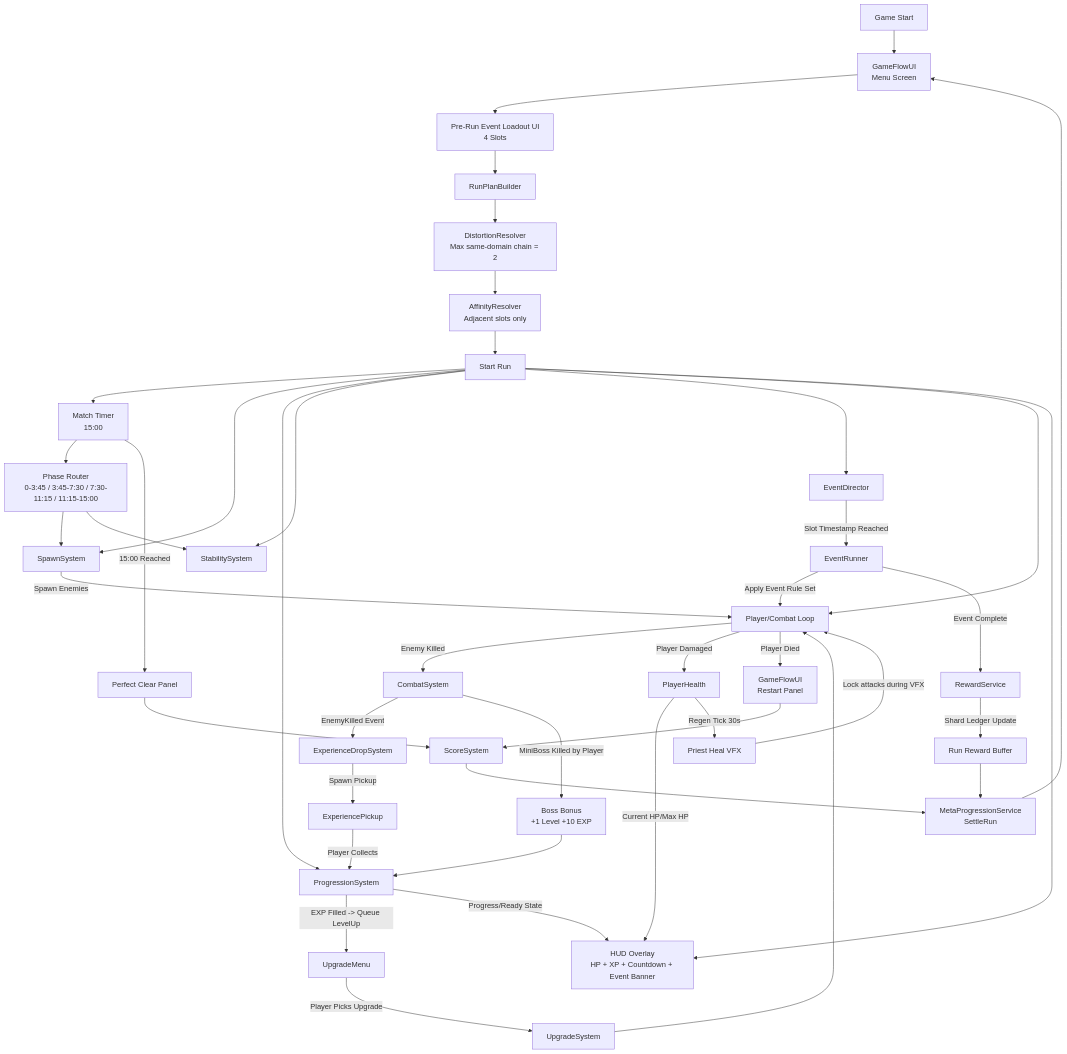
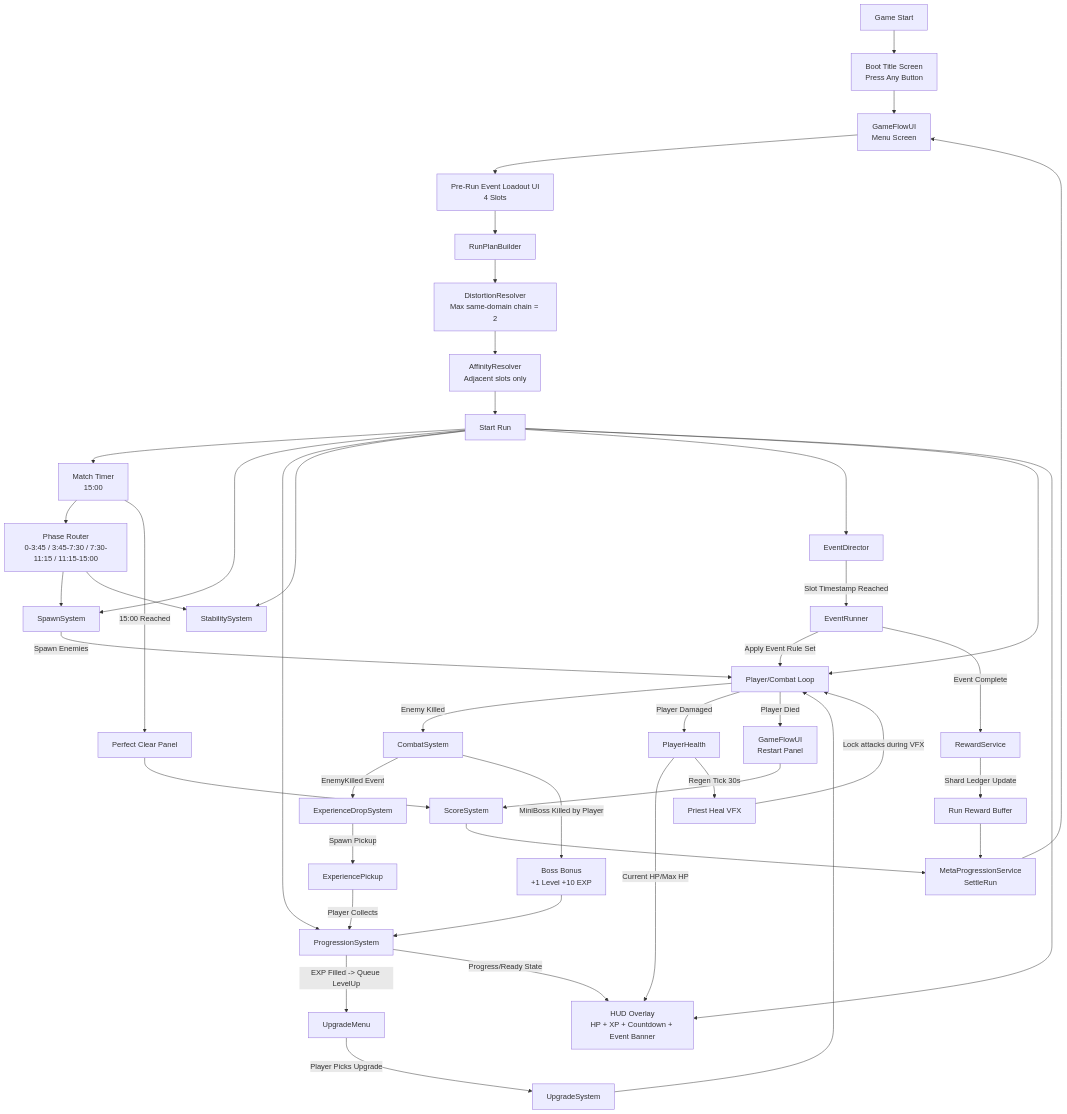
The diagram in docs/SYSTEM_FLOW.md (TANANIS/Balls), drawn with Mermaid before and after one commit. The commit also changed other lines of this file and 18 other files, not shown here.

Commit message:
feat(ui): add boot title screen and inspector-driven ui paths

````diff
--- a/docs/SYSTEM_FLOW.md
+++ b/docs/SYSTEM_FLOW.md
@@ -5,52 +5,53 @@
 ```mermaid
 flowchart TD
-    A[Game Start] --> B[GameFlowUI\nMenu Screen]
+    A[Game Start] --> AT[Boot Title Screen\nPress Any Button]
+    AT --> B[GameFlowUI\nMenu Screen]
     B --> P[Pre-Run Event Loadout UI\n4 Slots]
     P --> P1[RunPlanBuilder]
     P1 --> P2[DistortionResolver\nMax same-domain chain = 2]
     P2 --> P3[AffinityResolver\nAdjacent slots only]
     P3 --> C[Start Run]
 
     C --> C1[Match Timer\n15:00]
     C1 --> C2[Phase Router\n0-3:45 / 3:45-7:30 / 7:30-11:15 / 11:15-15:00]
     C --> D[SpawnSystem]
     C --> E[ProgressionSystem]
     C --> N[StabilitySystem]
     C --> ED[EventDirector]
     C --> F[Player/Combat Loop]
     C --> U[HUD Overlay\nHP + XP + Countdown + Event Banner]
 
     C2 --> D
     C2 --> N
     ED -->|Slot Timestamp Reached| ER[EventRunner]
     ER -->|Apply Event Rule Set| F
     ER -->|Event Complete| RW[RewardService]
     RW -->|Shard Ledger Update| RB[Run Reward Buffer]
 
     D -->|Spawn Enemies| F
     F -->|Enemy Killed| G[CombatSystem]
     G -->|EnemyKilled Event| X[ExperienceDropSystem]
     G -->|MiniBoss Killed by Player| B1[Boss Bonus\n+1 Level +10 EXP]
     B1 --> E
     X -->|Spawn Pickup| Y[ExperiencePickup]
     Y -->|Player Collects| E
 
     E -->|EXP Filled -> Queue LevelUp| H[UpgradeMenu]
     H -->|Player Picks Upgrade| I[UpgradeSystem]
     I --> F
     E -->|Progress/Ready State| U
 
     F -->|Player Damaged| J[PlayerHealth]
     J -->|Current HP/Max HP| U
     J -->|Regen Tick 30s| J1[Priest Heal VFX]
     J1 -->|Lock attacks during VFX| F
 
     F -->|Player Died| L[GameFlowUI\nRestart Panel]
     C1 -->|15:00 Reached| R[Perfect Clear Panel]
     L --> M[ScoreSystem]
     R --> M
 
     M --> S[MetaProgressionService\nSettleRun]
     RB --> S
     S --> B
 ```
````
